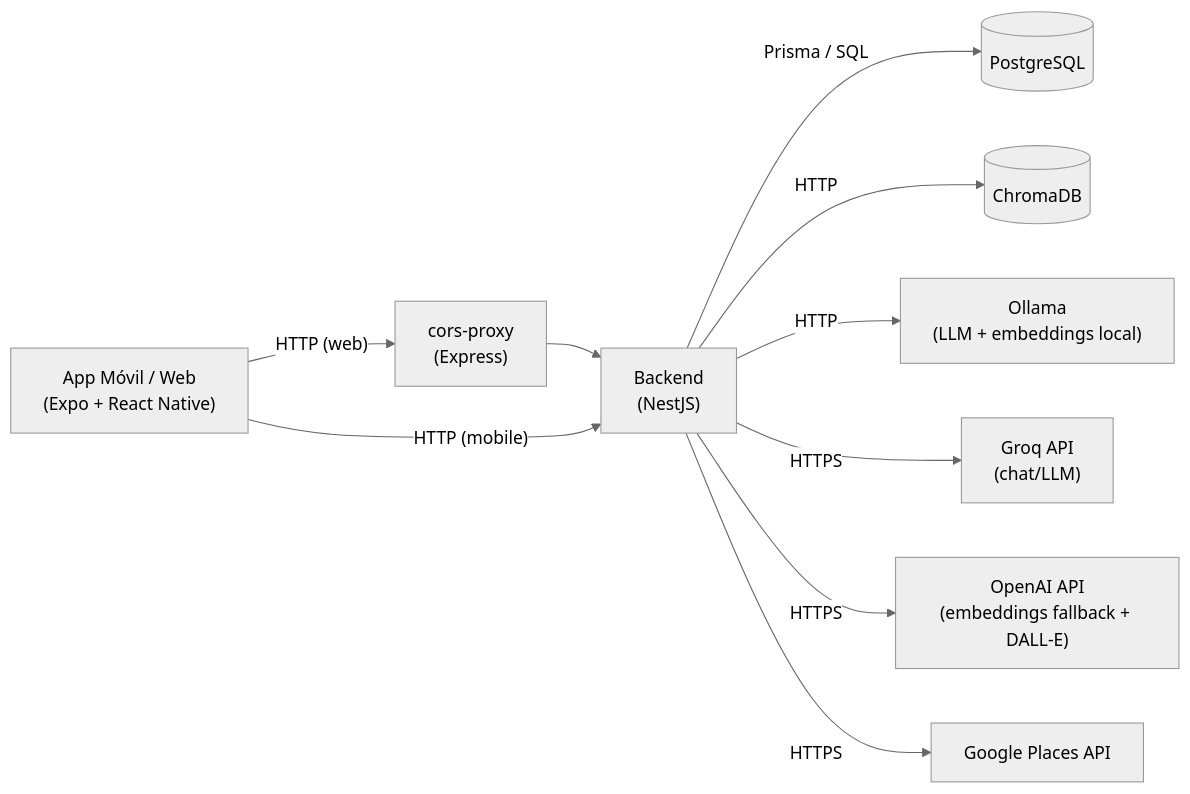
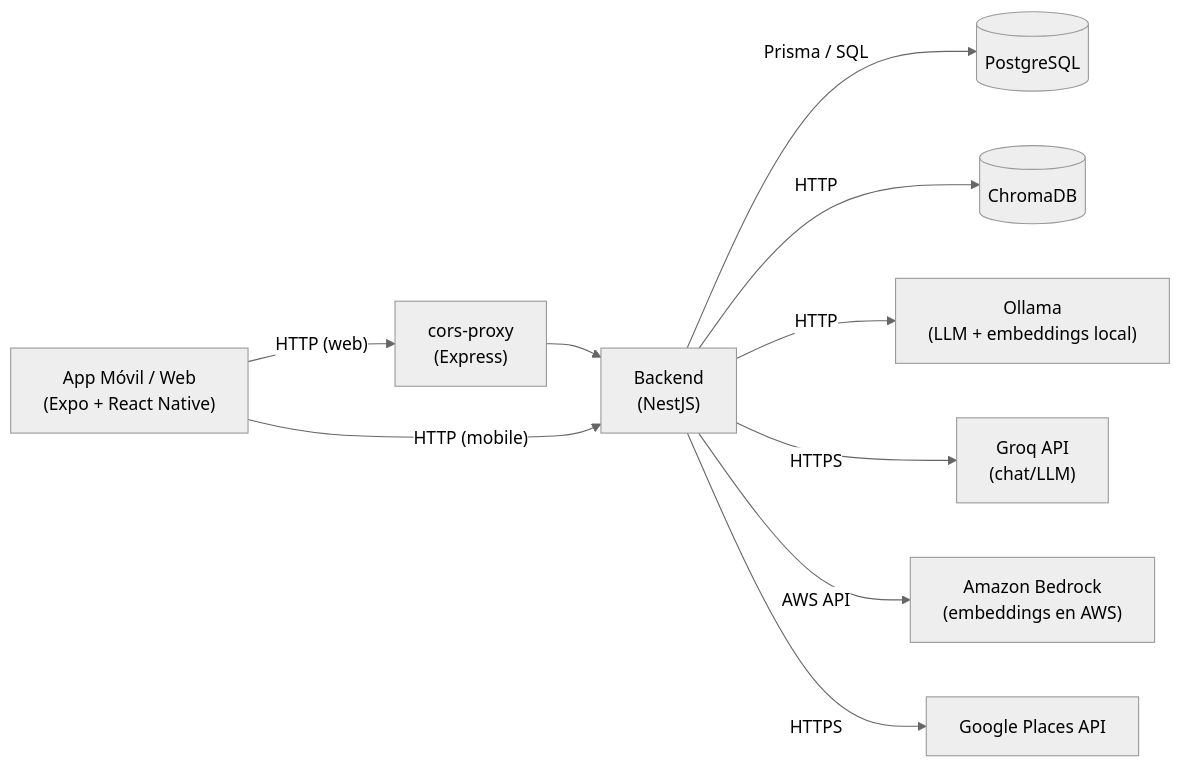
The first of 5 diagrams in README.md (entity-builders-labs/zig-zag), drawn with Mermaid (neutral theme) before and after one commit. The commit also changed other lines of this file and 46 other files, not shown here.

````diff
--- a/README.md
+++ b/README.md
@@ -43,21 +44,21 @@
 ```mermaid
 flowchart LR
     FE["App Móvil / Web<br/>(Expo + React Native)"]
     CORS["cors-proxy<br/>(Express)"]
     BE["Backend<br/>(NestJS)"]
     PG[("PostgreSQL")]
     CHROMA[("ChromaDB")]
     OLLAMA["Ollama<br/>(LLM + embeddings local)"]
     GROQ["Groq API<br/>(chat/LLM)"]
-    OPENAI["OpenAI API<br/>(embeddings fallback + DALL-E)"]
+    BEDROCK["Amazon Bedrock<br/>(embeddings en AWS)"]
     GMAPS["Google Places API"]
 
     FE -- "HTTP (web)" --> CORS --> BE
     FE -- "HTTP (mobile)" --> BE
     BE -- "Prisma / SQL" --> PG
     BE -- "HTTP" --> CHROMA
     BE -- "HTTP" --> OLLAMA
     BE -- "HTTPS" --> GROQ
-    BE -- "HTTPS" --> OPENAI
+    BE -- "AWS API" --> BEDROCK
     BE -- "HTTPS" --> GMAPS
 ```
````
